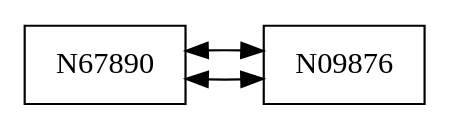
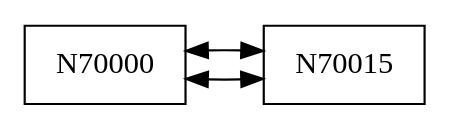
Before and after one commit to moisibot/201930195_EDD_Proyecto: the diagram in cmake-build-debug/lista_mantenimiento.dot, drawn with Graphviz. The commit also changed 36 other files, not shown here.

```diff
--- a/cmake-build-debug/lista_mantenimiento.dot
+++ b/cmake-build-debug/lista_mantenimiento.dot
@@ -1,8 +1,8 @@
 digraph ListaCircularDoble {
 node [shape=record];
 rankdir=LR;
-nodo0x558311c626e0 [label="N67890"];
-nodo0x558311c626e0 -> nodo0x558311c627c0 [dir=both];
-nodo0x558311c627c0 [label="N09876"];
-nodo0x558311c627c0 -> nodo0x558311c626e0 [dir=both];
+nodo0x556f1292d280 [label="N70000"];
+nodo0x556f1292d280 -> nodo0x556f1292ea20 [dir=both];
+nodo0x556f1292ea20 [label="N70015"];
+nodo0x556f1292ea20 -> nodo0x556f1292d280 [dir=both];
 }
```
